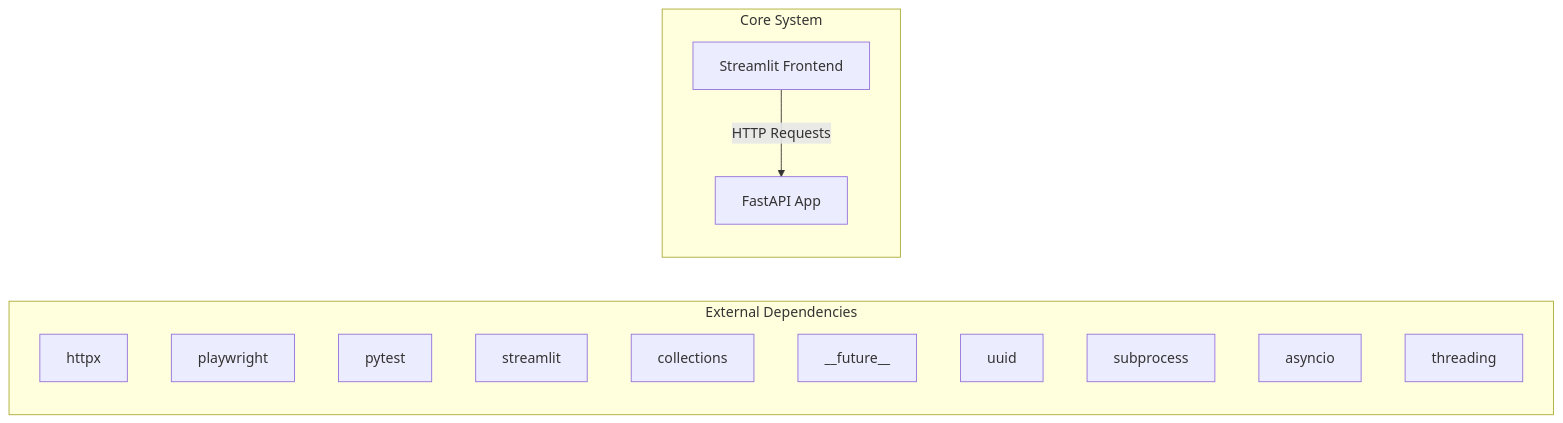
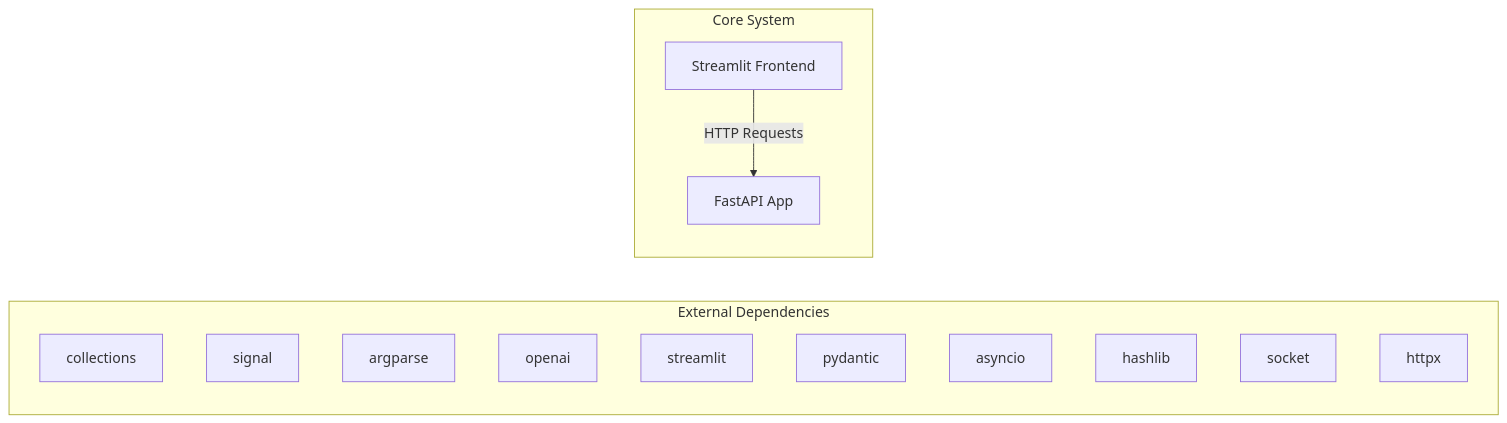
The first of 2 diagrams in docs/architecture.md (NITISH-R-G/rag-context-optimizer), drawn with Mermaid before and after one commit. The commit also changed other lines of this file and 1 other file, not shown here.

Commit message:
docs: auto-update repository knowledge, architecture diagrams, and documentation

````diff
--- a/docs/architecture.md
+++ b/docs/architecture.md
@@ -7,20 +7,20 @@
 ```mermaid
 graph LR
     subgraph External Dependencies
-        E0["httpx"]
-        E1["playwright"]
-        E2["pytest"]
-        E3["streamlit"]
-        E4["collections"]
-        E5["__future__"]
-        E6["uuid"]
-        E7["subprocess"]
-        E8["asyncio"]
-        E9["threading"]
+        E0["collections"]
+        E1["signal"]
+        E2["argparse"]
+        E3["openai"]
+        E4["streamlit"]
+        E5["pydantic"]
+        E6["asyncio"]
+        E7["hashlib"]
+        E8["socket"]
+        E9["httpx"]
     end
     subgraph Core System
         API["FastAPI App"]
         UI["Streamlit Frontend"]
     end
     UI -->|HTTP Requests| API
 ```
````
